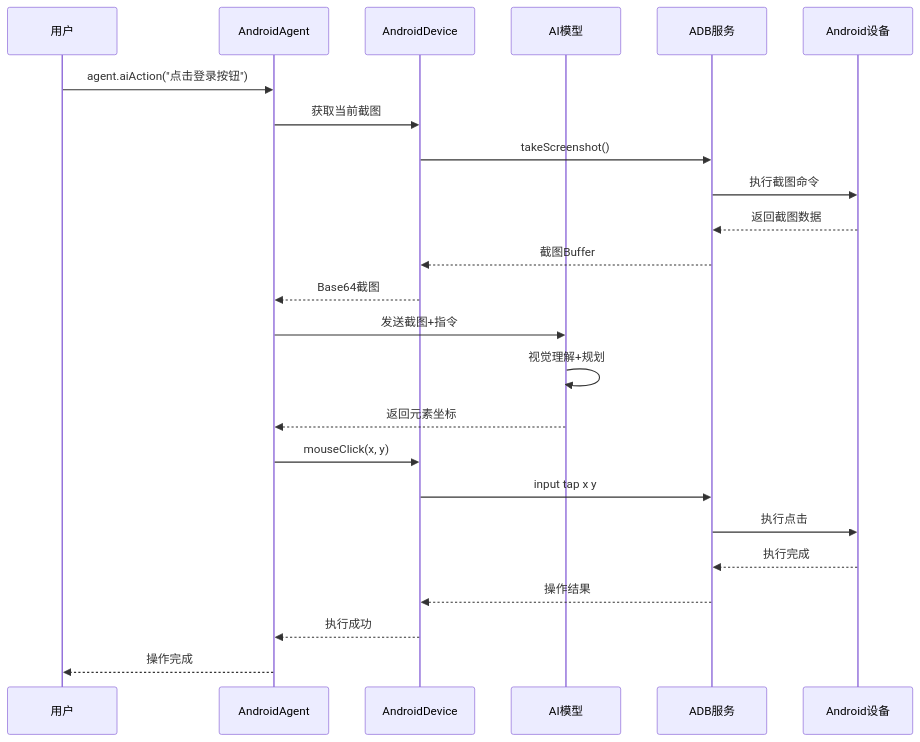
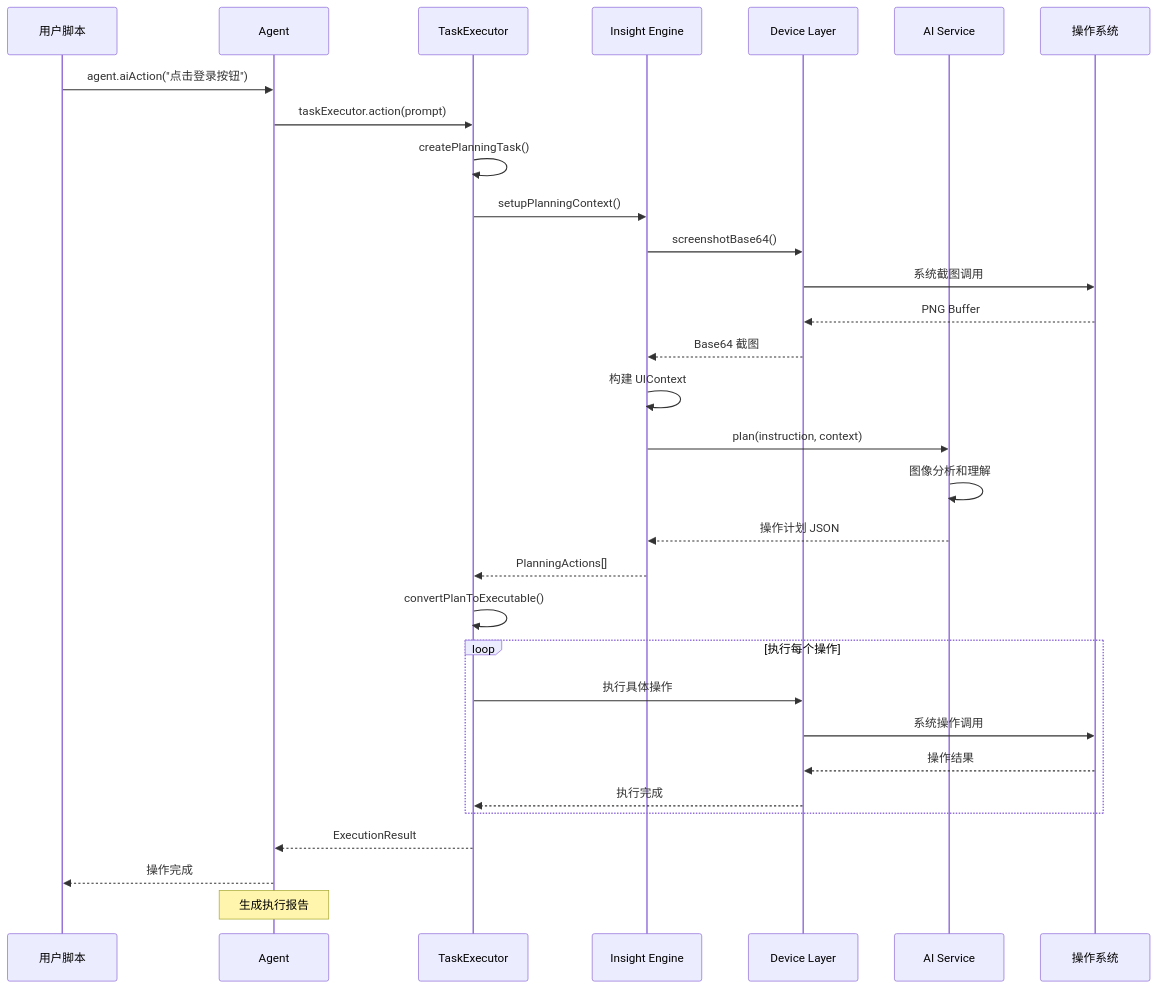
One commit to zhuozp/AI-UI- changed the sixth of 9 diagrams in README.md. Above: the diagram before and after it, drawn with Mermaid. The commit also changed other lines of this file, not shown here.

````diff
--- a/README.md
+++ b/README.md
@@ -361,29 +424,42 @@
 ```mermaid
 sequenceDiagram
-    participant User as 用户
-    participant Agent as AndroidAgent
-    participant Device as AndroidDevice
-    participant AI as AI模型
-    participant ADB as ADB服务
-    participant Android as Android设备
+    participant User as 用户脚本
+    participant Agent as Agent
+    participant TaskExec as TaskExecutor
+    participant Insight as Insight Engine
+    participant Device as Device Layer
+    participant AI as AI Service
+    participant OS as 操作系统
     
     User->>Agent: agent.aiAction("点击登录按钮")
-    Agent->>Device: 获取当前截图
-    Device->>ADB: takeScreenshot()
-    ADB->>Android: 执行截图命令
-    Android-->>ADB: 返回截图数据
-    ADB-->>Device: 截图Buffer
-    Device-->>Agent: Base64截图
     
-    Agent->>AI: 发送截图+指令
-    AI->>AI: 视觉理解+规划
-    AI-->>Agent: 返回元素坐标
+    Agent->>TaskExec: taskExecutor.action(prompt)
+    TaskExec->>TaskExec: createPlanningTask()
+    TaskExec->>Insight: setupPlanningContext()
     
-    Agent->>Device: mouseClick(x, y)
-    Device->>ADB: input tap x y
-    ADB->>Android: 执行点击
-    Android-->>ADB: 执行完成
-    ADB-->>Device: 操作结果
-    Device-->>Agent: 执行成功
+    Insight->>Device: screenshotBase64()
+    Device->>OS: 系统截图调用
+    OS-->>Device: PNG Buffer
+    Device-->>Insight: Base64 截图
+    
+    Insight->>Insight: 构建 UIContext
+    Insight->>AI: plan(instruction, context)
+    
+    AI->>AI: 图像分析和理解
+    AI-->>Insight: 操作计划 JSON
+    
+    Insight-->>TaskExec: PlanningActions[]
+    TaskExec->>TaskExec: convertPlanToExecutable()
+    
+    loop 执行每个操作
+        TaskExec->>Device: 执行具体操作
+        Device->>OS: 系统操作调用
+        OS-->>Device: 操作结果
+        Device-->>TaskExec: 执行完成
+    end
+    
+    TaskExec-->>Agent: ExecutionResult
     Agent-->>User: 操作完成
+    
+    Note over Agent: 生成执行报告
 ```
````
